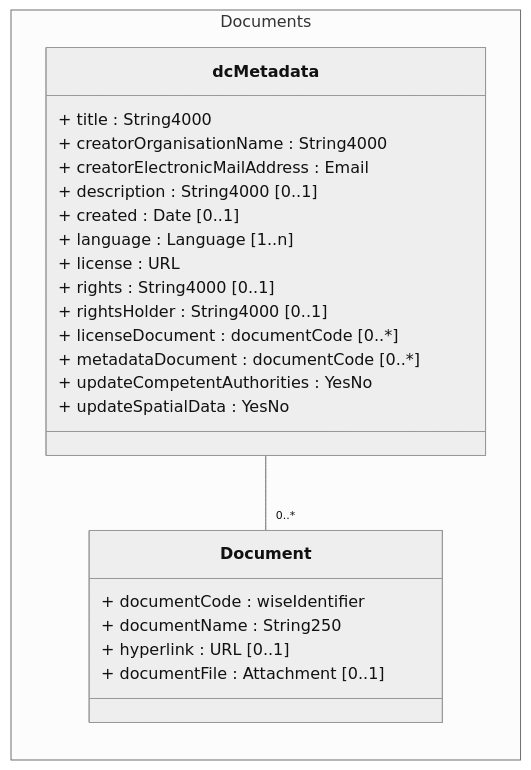
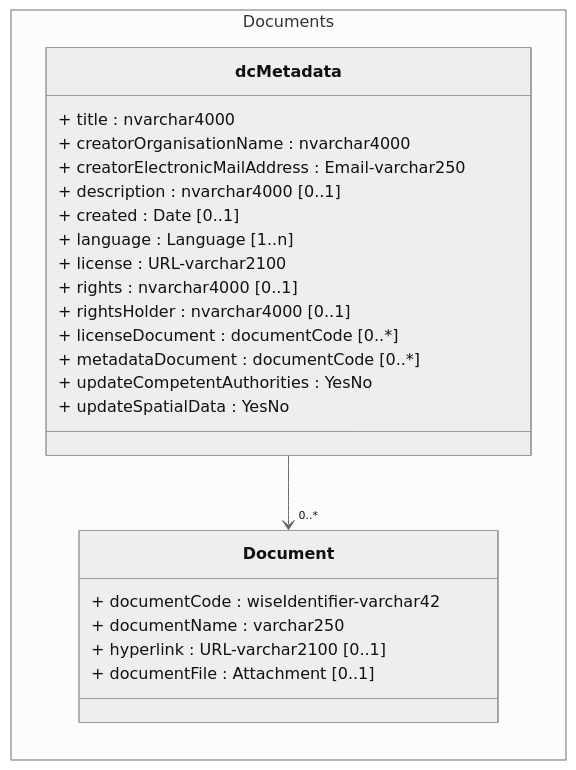
The diagram in docs/DataModelReview/mmd/RBDCA_4thCycle_Documents_ClassDiagram.mmd (eeadata/WISE.WFD.Documentation), drawn with Mermaid before and after one commit. The commit also changed 10 other files, not shown here.

```diff
--- a/docs/DataModelReview/mmd/RBDCA_4thCycle_Documents_ClassDiagram.mmd
+++ b/docs/DataModelReview/mmd/RBDCA_4thCycle_Documents_ClassDiagram.mmd
@@ -1,27 +1,27 @@
 %%{init: {'theme': 'neutral'}}%%
 classDiagram
 direction LR
 namespace Documents {
 class dcMetadata {
-+ title : String4000
-+ creatorOrganisationName : String4000
-+ creatorElectronicMailAddress : Email
-+ description : String4000 [0..1]
++ title : nvarchar4000
++ creatorOrganisationName : nvarchar4000
++ creatorElectronicMailAddress : Email-varchar250
++ description : nvarchar4000 [0..1]
 + created : Date [0..1]
 + language : Language [1..n]
-+ license : URL
-+ rights : String4000 [0..1]
-+ rightsHolder : String4000 [0..1]
++ license : URL-varchar2100
++ rights : nvarchar4000 [0..1]
++ rightsHolder : nvarchar4000 [0..1]
 + licenseDocument : documentCode [0..*]
 + metadataDocument : documentCode [0..*]
 + updateCompetentAuthorities : YesNo
 + updateSpatialData : YesNo
 }
 class Document {
-+ documentCode : wiseIdentifier
-+ documentName : String250
-+ hyperlink : URL [0..1]
++ documentCode : wiseIdentifier-varchar42
++ documentName : varchar250
++ hyperlink : URL-varchar2100 [0..1]
 + documentFile : Attachment [0..1]
 }
 }
-dcMetadata -- "0..*" Document
+dcMetadata --> "0..*" Document
```
